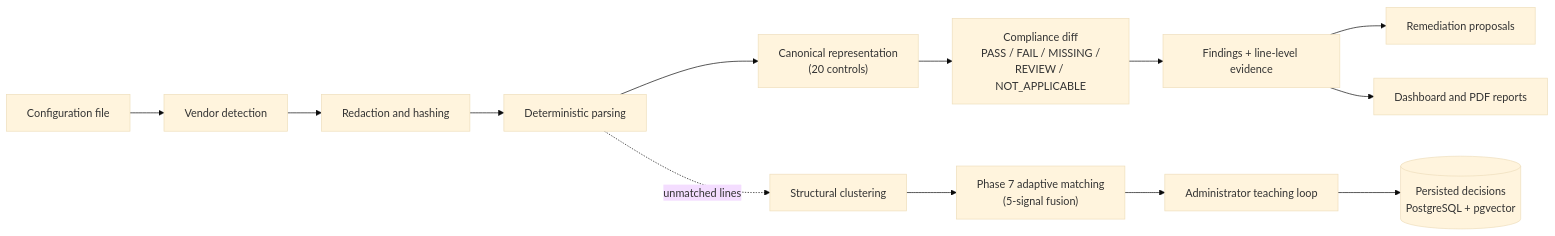
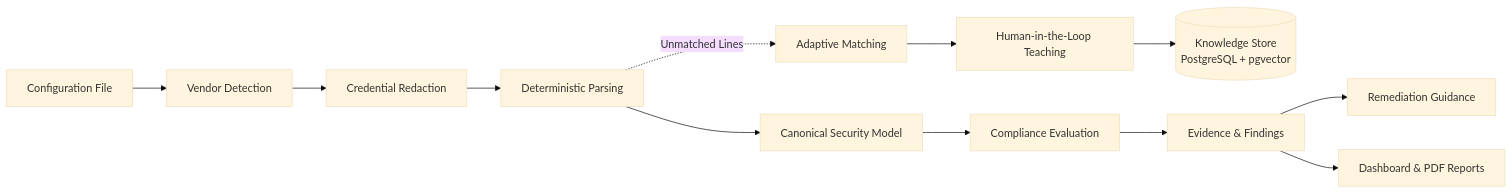
One commit to Krithi777/Multi-Vendor-Network-Compliance-Auditor changed the first of 2 diagrams in README.md. Above: the diagram before and after it, drawn with Mermaid (base theme). The commit also changed other lines of this file, not shown here.

````diff
--- a/README.md
+++ b/README.md
@@ -89,15 +87,14 @@
 ```mermaid
 flowchart LR
-    A["Configuration file"] --> B["Vendor detection"]
-    B --> C["Redaction and hashing"]
-    C --> D["Deterministic parsing"]
-    D --> E["Canonical representation<br/>(20 controls)"]
-    E --> F["Compliance diff<br/>PASS / FAIL / MISSING /<br/>REVIEW / NOT_APPLICABLE"]
-    D -. "unmatched lines" .-> G["Structural clustering"]
-    G --> H["Phase 7 adaptive matching<br/>(5-signal fusion)"]
-    H --> I["Administrator teaching loop"]
-    I --> J[("Persisted decisions<br/>PostgreSQL + pgvector")]
-    F --> K["Findings + line-level evidence"]
-    K --> L["Remediation proposals"]
-    K --> M["Dashboard and PDF reports"]
+    A["Configuration File"] --> B["Vendor Detection"]
+    B --> C["Credential Redaction"]
+    C --> D["Deterministic Parsing"]
+    D --> E["Canonical Security Model"]
+    E --> F["Compliance Evaluation"]
+    D -. "Unmatched Lines" .-> G["Adaptive Matching"]
+    G --> H["Human-in-the-Loop Teaching"]
+    H --> I[("Knowledge Store\nPostgreSQL + pgvector")]
+    F --> J["Evidence & Findings"]
+    J --> K["Remediation Guidance"]
+    J --> L["Dashboard & PDF Reports"]
 ```
````
